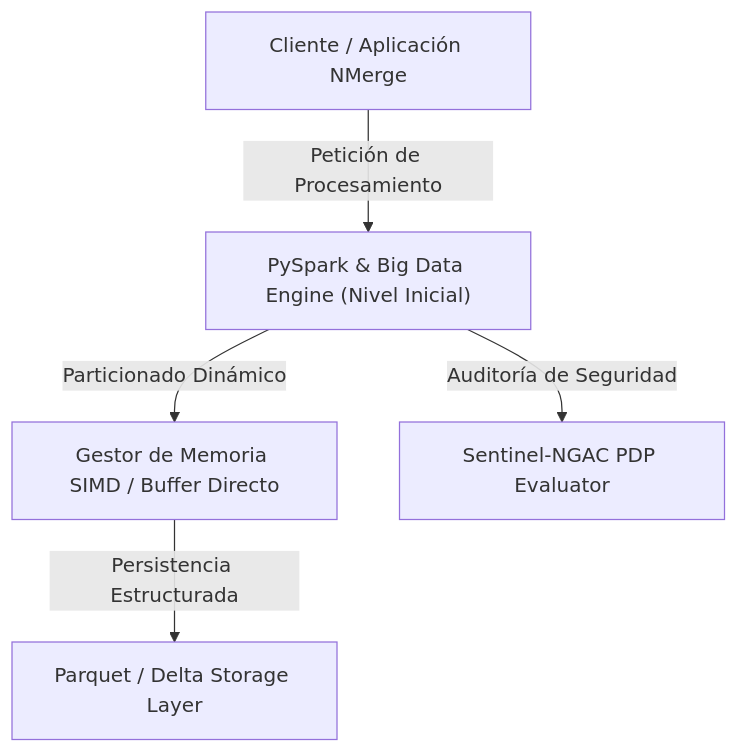
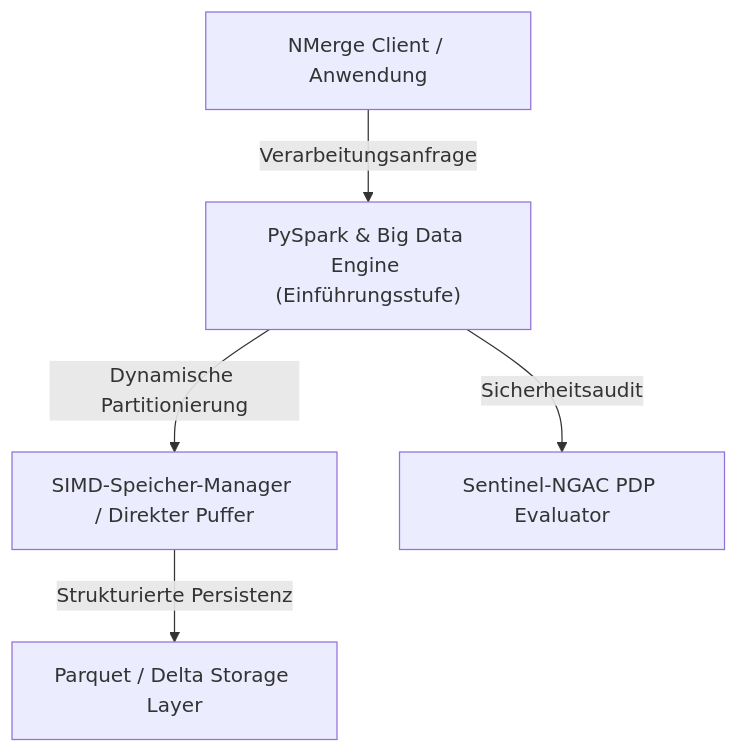
One commit to gjpierp/nmergeia changed the diagram in public/docs/de/datascience_pyspark.md. Above: the diagram before and after it, drawn with Mermaid. The commit also changed other lines of this file and 182 other files, not shown here.

Commit message:
fix(i18n): sincronizar claves de menú i18n para los 7 idiomas, traducir diagramas Mermaid y agregar fallback a español contra 404 de Vite

````diff
--- a/public/docs/de/datascience_pyspark.md
+++ b/public/docs/de/datascience_pyspark.md
@@ -16,7 +16,7 @@
 ```mermaid
 flowchart TD
-    A["Cliente / Aplicación NMerge"] -->|Petición de Procesamiento| B["PySpark & Big Data Engine (Nivel Inicial)"]
-    B -->|Particionado Dinámico| C["Gestor de Memoria SIMD / Buffer Directo"]
-    C -->|Persistencia Estructurada| D["Parquet / Delta Storage Layer"]
-    B -->|Auditoría de Seguridad| E["Sentinel-NGAC PDP Evaluator"]
+    A["NMerge Client / Anwendung"] -->|Verarbeitungsanfrage| B["PySpark & Big Data Engine (Einführungsstufe)"]
+    B -->|Dynamische Partitionierung| C["SIMD-Speicher-Manager / Direkter Puffer"]
+    C -->|Strukturierte Persistenz| D["Parquet / Delta Storage Layer"]
+    B -->|Sicherheitsaudit| E["Sentinel-NGAC PDP Evaluator"]
 ```
````
